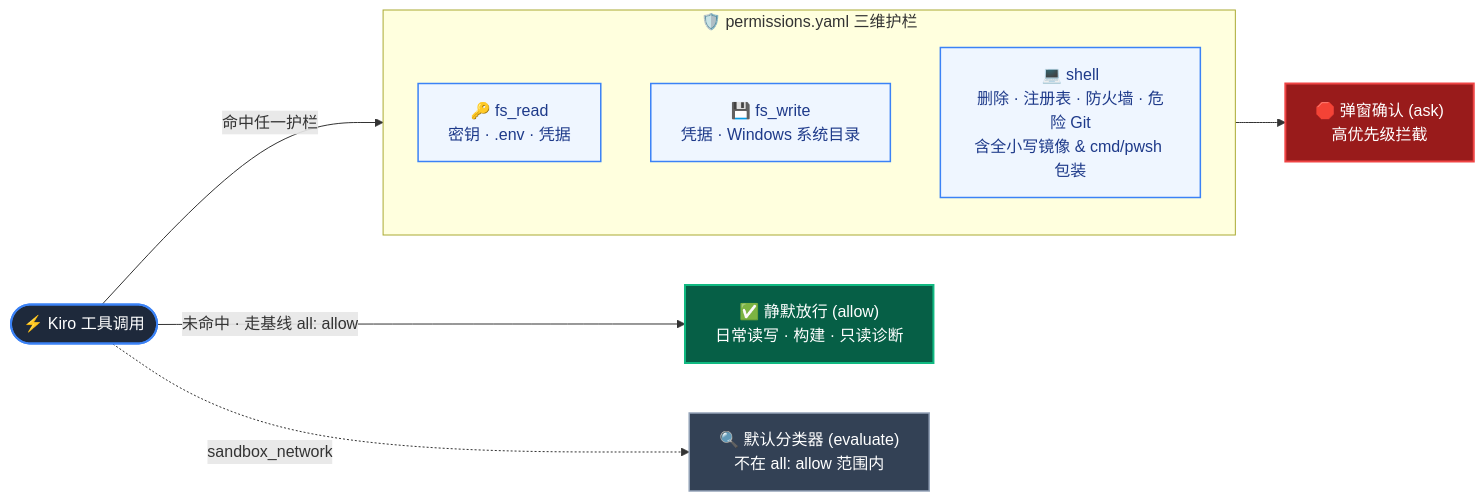
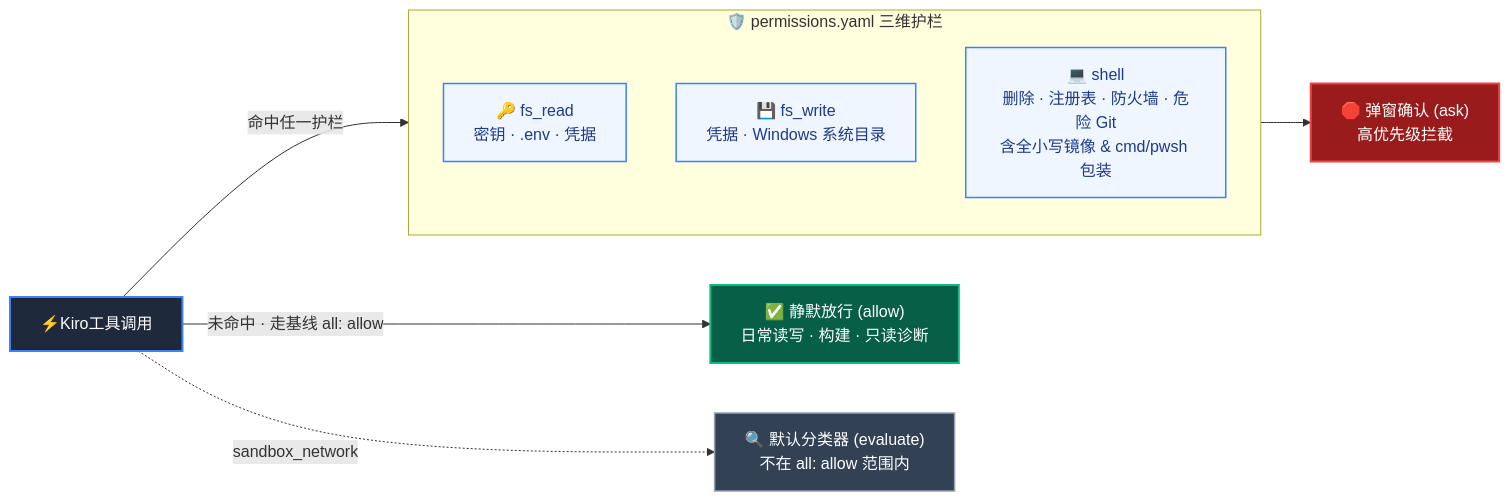
Before and after one commit to YOIMIYA66/kiro-windows-autonomy: the diagram in README.md, drawn with Mermaid. The commit also changed 1 other file, not shown here.

Commit message:
docs: prevent line wrap in Mermaid entry node

````diff
--- a/README.md
+++ b/README.md
@@ -64,31 +64,31 @@
 ```mermaid
 flowchart LR
-    Call(["⚡ Kiro 工具调用"])
+    Call["⚡Kiro工具调用"]
 
     subgraph Guardrails ["🛡️ permissions.yaml 三维护栏"]
         direction TB
         R["🔑 fs_read\n密钥 · .env · 凭据"]
         W["💾 fs_write\n凭据 · Windows 系统目录"]
         S["💻 shell\n删除 · 注册表 · 防火墙 · 危险 Git\n含全小写镜像 & cmd/pwsh 包装"]
     end
 
     Ask["🛑 弹窗确认 (ask)\n高优先级拦截"]
     Allow["✅ 静默放行 (allow)\n日常读写 · 构建 · 只读诊断"]
     Eval["🔍 默认分类器 (evaluate)\n不在 all: allow 范围内"]
 
     Call -- "命中任一护栏" --> Guardrails
     Guardrails --> Ask
     Call -- "未命中 · 走基线 all: allow" --> Allow
     Call -. "sandbox_network" .-> Eval
 
     classDef entryStyle fill:#1e293b,stroke:#3b82f6,stroke-width:2px,color:#ffffff
     classDef guardStyle fill:#eff6ff,stroke:#3b82f6,stroke-width:1.5px,color:#1e3a8a
     classDef askStyle fill:#991b1b,stroke:#ef4444,stroke-width:2px,color:#ffffff
     classDef allowStyle fill:#065f46,stroke:#10b981,stroke-width:2px,color:#ffffff
     classDef evalStyle fill:#334155,stroke:#94a3b8,stroke-width:1.5px,color:#ffffff
     class Call entryStyle
     class R,W,S guardStyle
     class Ask askStyle
     class Allow allowStyle
     class Eval evalStyle
 ```
````
